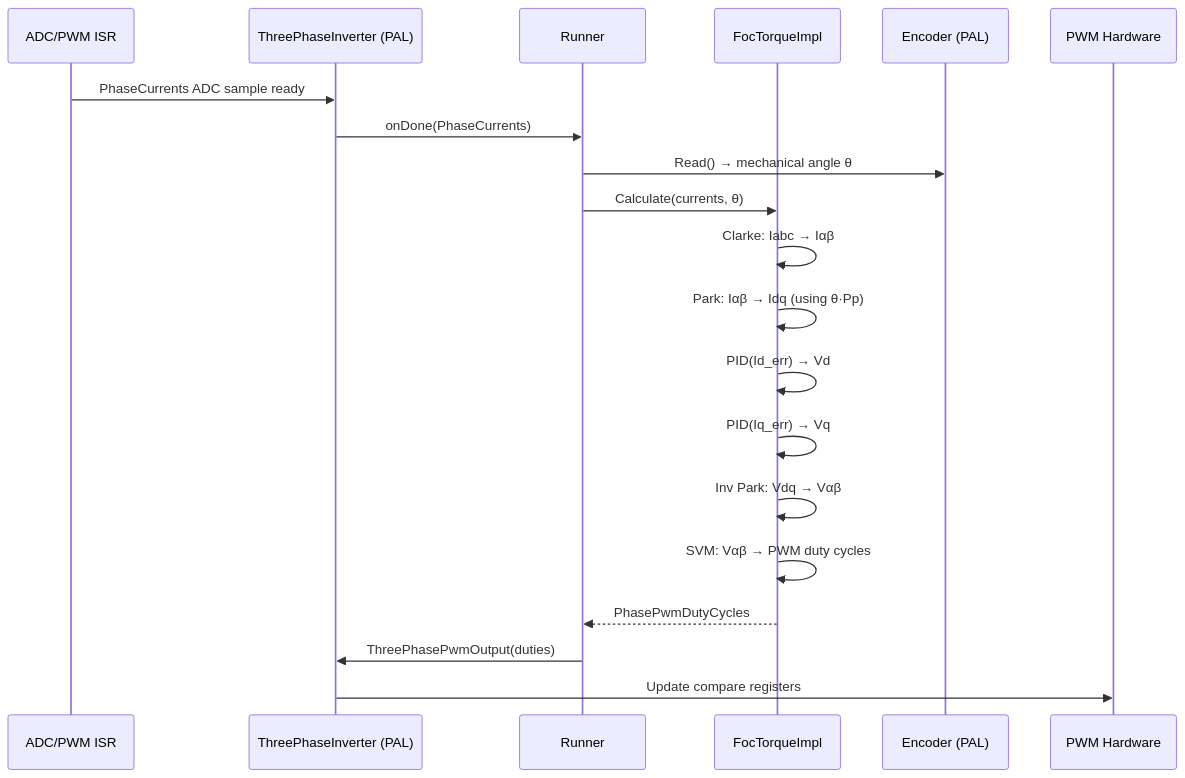
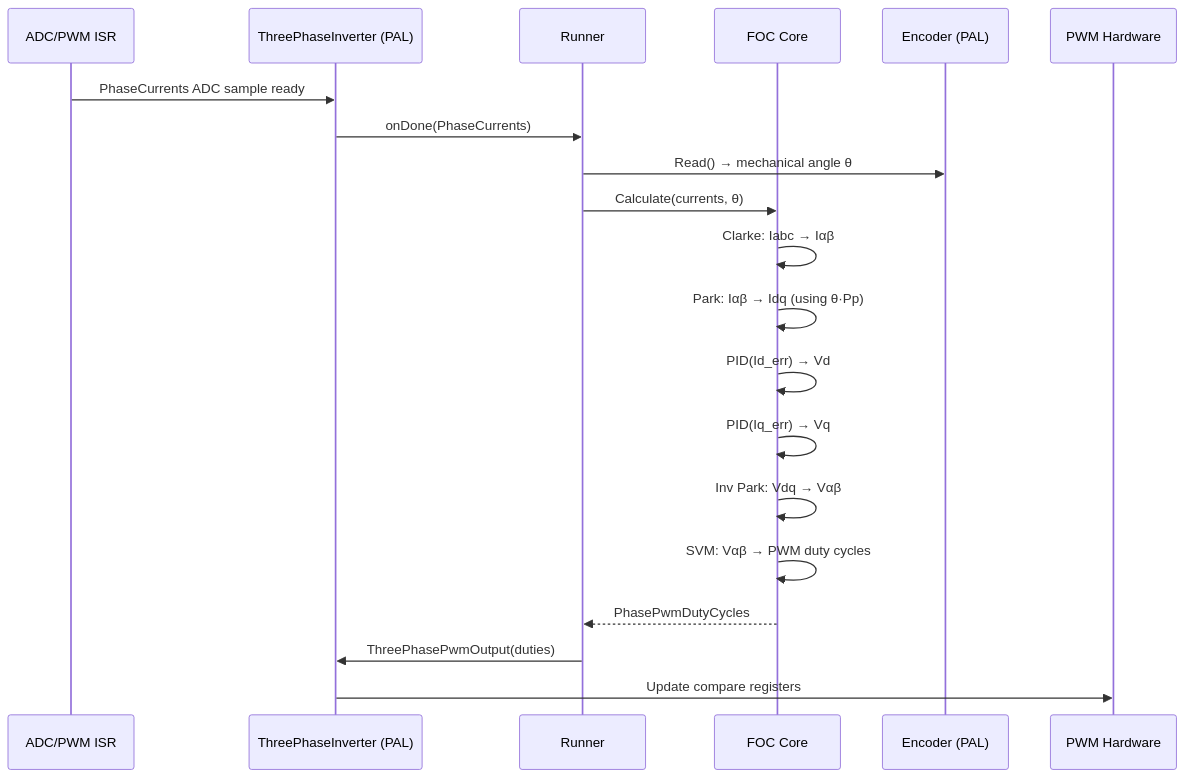
One commit to embedded-pro/e-foc changed the fourth of 5 diagrams in documentation/architecture/system.md. Above: the diagram before and after it, drawn with Mermaid. The commit also changed other lines of this file and 2 other files, not shown here.

````diff
--- a/documentation/architecture/system.md
+++ b/documentation/architecture/system.md
@@ -244,23 +242,23 @@
 ```mermaid
 sequenceDiagram
     participant ISR as ADC/PWM ISR
     participant INV as ThreePhaseInverter (PAL)
     participant RUN as Runner
-    participant FOC as FocTorqueImpl
+    participant FOC as FOC Core
     participant ENC as Encoder (PAL)
     participant PWM as PWM Hardware
 
     ISR->>INV: PhaseCurrents ADC sample ready
     INV->>RUN: onDone(PhaseCurrents)
     RUN->>ENC: Read() → mechanical angle θ
     RUN->>FOC: Calculate(currents, θ)
     FOC->>FOC: Clarke: Iabc → Iαβ
     FOC->>FOC: Park: Iαβ → Idq (using θ·Pp)
     FOC->>FOC: PID(Id_err) → Vd
     FOC->>FOC: PID(Iq_err) → Vq
     FOC->>FOC: Inv Park: Vdq → Vαβ
     FOC->>FOC: SVM: Vαβ → PWM duty cycles
     FOC-->>RUN: PhasePwmDutyCycles
     RUN->>INV: ThreePhasePwmOutput(duties)
     INV->>PWM: Update compare registers
 ```
````
